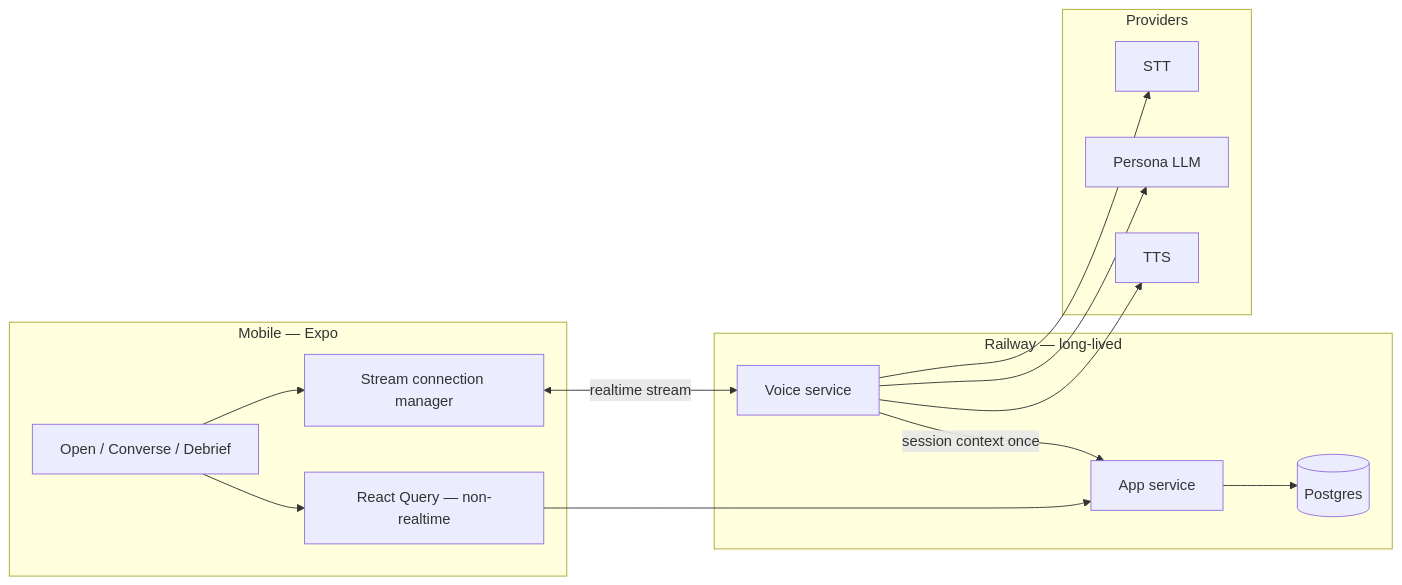
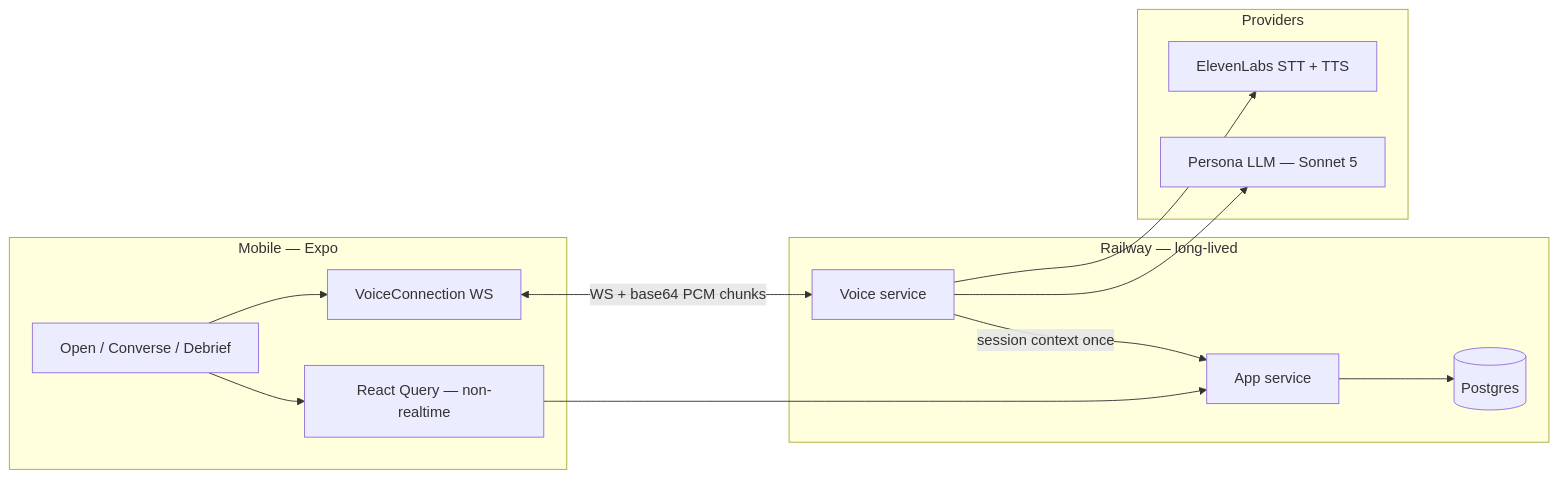
Before and after one commit to hyetigran/gotalkai: the diagram in ARCHITECTURE.md, drawn with Mermaid. The commit also changed other lines of this file and 2 other files, not shown here.

First line of the commit message:
docs: refresh ARCHITECTURE.md status, add CHARACTER.md, drop stale VERSION

````diff
--- a/ARCHITECTURE.md
+++ b/ARCHITECTURE.md
@@ -15,30 +15,28 @@
 ```mermaid
 flowchart LR
   subgraph client [Mobile — Expo]
     UI[Open / Converse / Debrief]
-    CM[Stream connection manager]
+    CM[VoiceConnection WS]
     RQ[React Query — non-realtime]
   end
 
   subgraph railway [Railway — long-lived]
     VS[Voice service]
     AS[App service]
     PG[(Postgres)]
   end
 
   subgraph vendors [Providers]
-    STT[STT]
-    LLM[Persona LLM]
-    TTS[TTS]
+    EL[ElevenLabs STT + TTS]
+    LLM[Persona LLM — Sonnet 5]
   end
 
   UI --> CM
   UI --> RQ
   RQ --> AS
-  CM <-->|realtime stream| VS
+  CM <-->|WS + base64 PCM chunks| VS
   AS --> PG
   VS -->|session context once| AS
-  VS --> STT
+  VS --> EL
   VS --> LLM
-  VS --> TTS
 ```
````
